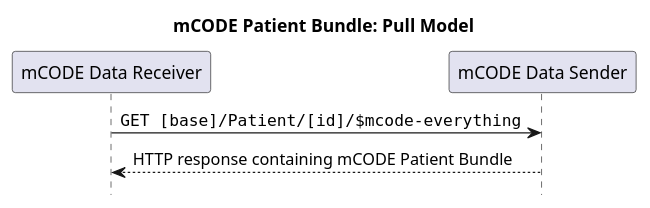
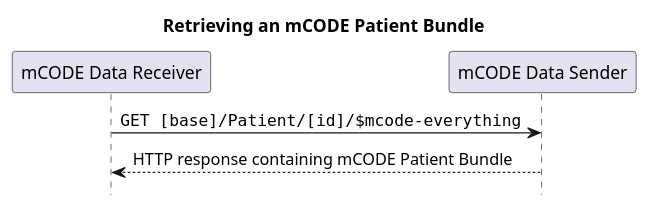
One commit to HL7/fhir-mCODE-ig changed the diagram in input/images-source/mcode-patient-bundle-pull.plantuml. Above: the diagram before and after it, drawn with PlantUML. The commit also changed 16 other files, not shown here.

```diff
--- a/input/images-source/mcode-patient-bundle-pull.plantuml
+++ b/input/images-source/mcode-patient-bundle-pull.plantuml
@@ -1,10 +1,10 @@
 @startuml
 skinparam defaultFontName Arial
 
-title mCODE Patient Bundle: Pull Model
+title Retrieving an mCODE Patient Bundle
 hide footbox
 participant "mCODE Data Receiver" as Receiver
 participant "mCODE Data Sender" as Sender
 "Receiver" -> "Sender" : ""GET [base]/Patient/[id]/$mcode-everything""
 "Sender" --> "Receiver" : HTTP response containing mCODE Patient Bundle
 @enduml
```
